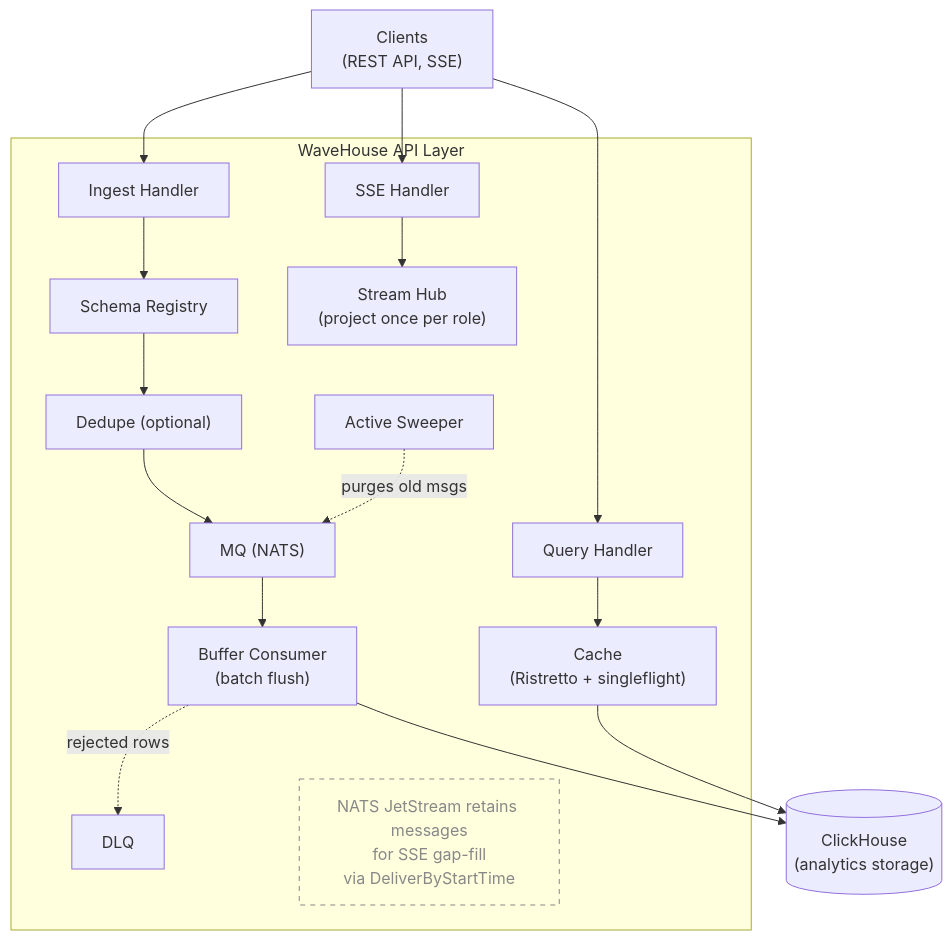
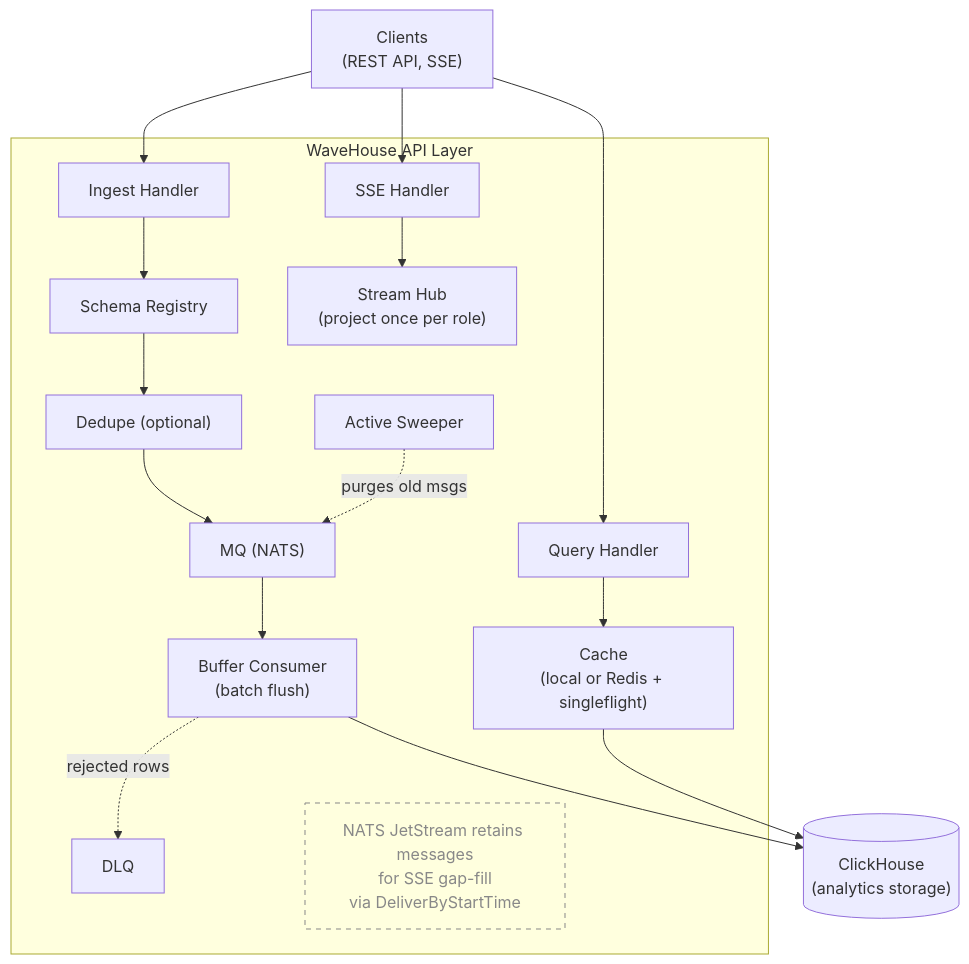
The diagram in docs/src/content/docs/architecture.md (Wave-RF/WaveHouse), drawn with Mermaid before and after one commit. The commit also changed other lines of this file and 74 other files, not shown here.

First line of the commit message:
feat(cache): shared redis cache, snapshot keys, uncached write pipes (#614)

````diff
--- a/docs/src/content/docs/architecture.md
+++ b/docs/src/content/docs/architecture.md
@@ -16,29 +16,29 @@
 ```mermaid
 flowchart TD
     Clients["Clients<br/>(REST API, SSE)"]:::client
 
     Clients --> IH
     Clients --> QH
     Clients --> SSH
 
     subgraph api["WaveHouse API Layer"]
         IH["Ingest Handler"] --> SR["Schema Registry"]
         SR --> DD["Dedupe (optional)"]
         DD --> MQ["MQ (NATS)"]
         MQ --> BC["Buffer Consumer<br/>(batch flush)"]
         BC -.->|rejected rows| DLQ["DLQ"]:::fail
 
-        QH["Query Handler"] --> Cache["Cache<br/>(Ristretto + singleflight)"]
+        QH["Query Handler"] --> Cache["Cache<br/>(local or Redis + singleflight)"]
 
         SSH["SSE Handler"] --> Hub["Stream Hub<br/>(project once per role)"]
 
         SW["Active Sweeper"] -.->|purges old msgs| MQ
 
         NATS["NATS JetStream retains messages<br/>for SSE gap-fill<br/>via DeliverByStartTime"]
     end
 
     BC --> CH[("ClickHouse<br/>(analytics storage)")]:::store
     Cache --> CH
 
     style NATS fill:none,stroke-dasharray:5 5,stroke:#888,color:#888
 ```
````
